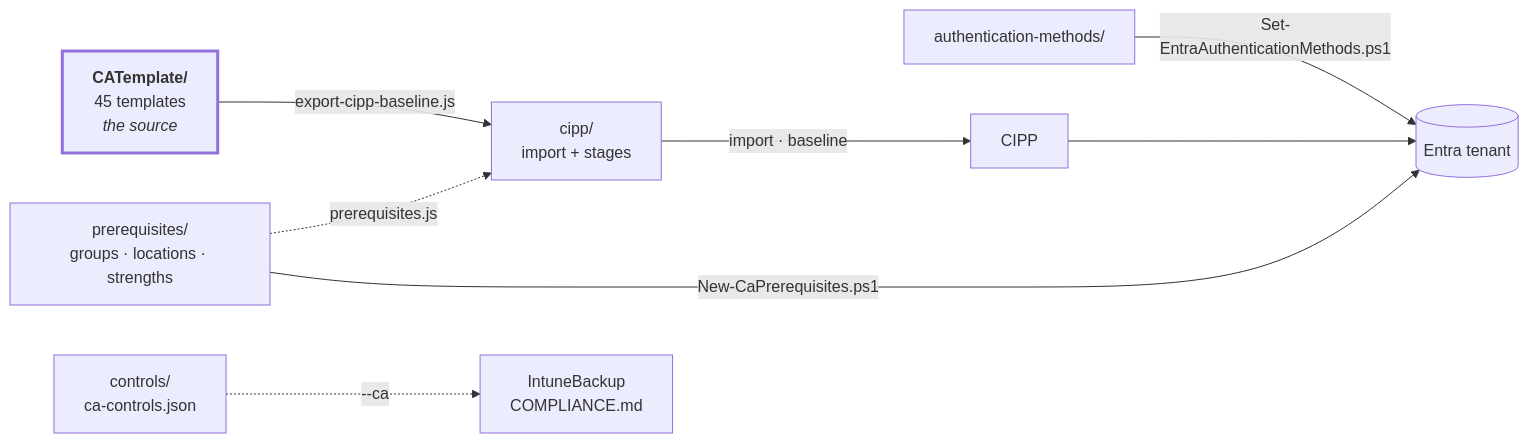
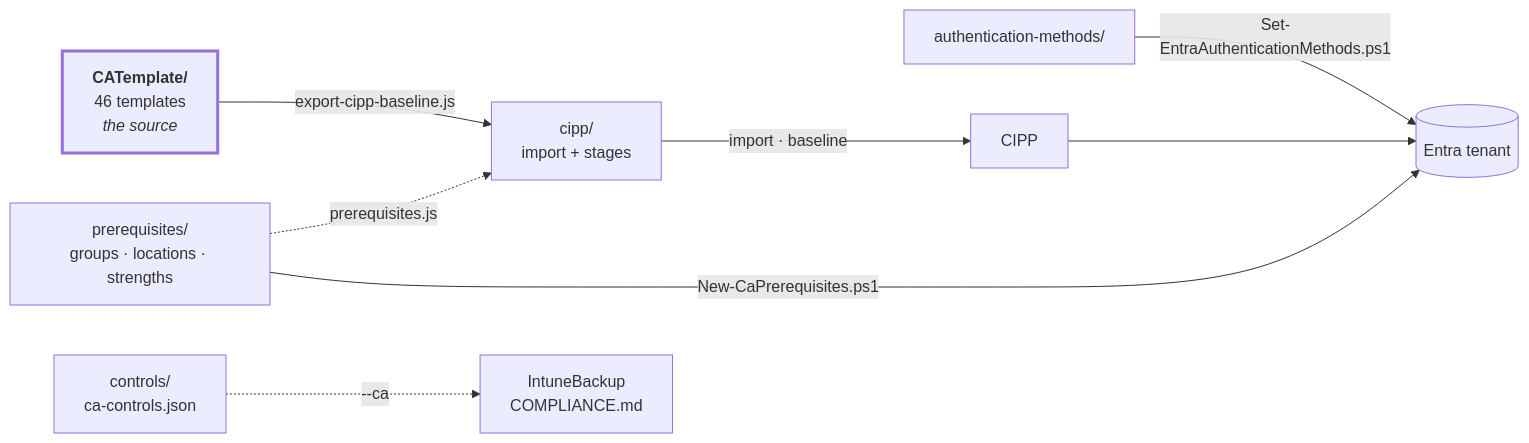
The diagram in README.en.md (sjkanon/CA-Policies), drawn with Mermaid before and after one commit. The commit also changed other lines of this file and 24 other files, not shown here.

````diff
--- a/README.en.md
+++ b/README.en.md
@@ -10,19 +10,19 @@
 ```mermaid
 flowchart LR
-  T["<b>CATemplate/</b><br/>45 templates<br/><i>the source</i>"]
+  T["<b>CATemplate/</b><br/>46 templates<br/><i>the source</i>"]
   P["prerequisites/<br/>groups · locations · strengths"]
   C["controls/<br/>ca-controls.json"]
   A["authentication-methods/"]
   X["cipp/<br/>import + stages"]
   TEN[("Entra tenant")]
 
   T -->|export-cipp-baseline.js| X
   P -.->|prerequisites.js| X
   X -->|import · baseline| CIPP[CIPP]
   CIPP --> TEN
   P -->|New-CaPrerequisites.ps1| TEN
   A -->|Set-EntraAuthenticationMethods.ps1| TEN
   C -.->|--ca| IB["IntuneBackup<br/>COMPLIANCE.md"]
 
   style T stroke-width:3px
 ```
````
